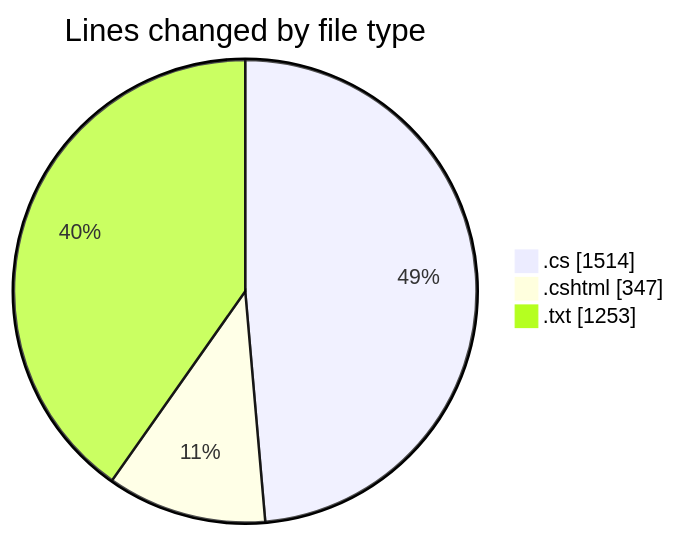
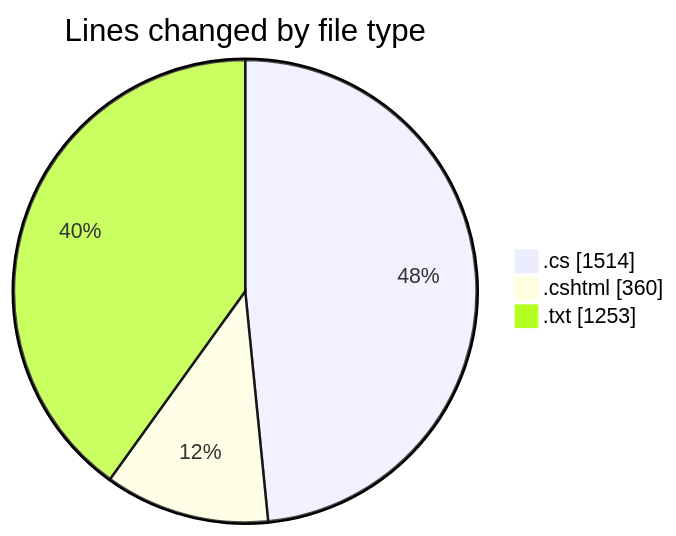
The first of 2 diagrams in 2025-07-24/quanlyrapchieuphim-1/README.md (lephambinh05/code-tracking), drawn with Mermaid before and after one commit. The commit also changed other lines of this file and 1 other file, not shown here.

````diff
--- a/2025-07-24/quanlyrapchieuphim-1/README.md
+++ b/2025-07-24/quanlyrapchieuphim-1/README.md
@@ -26,7 +26,7 @@
 ```mermaid
 pie showData
 title Lines changed by file type
 ".cs" : 1514
-".cshtml" : 347
+".cshtml" : 360
 ".txt" : 1253
 ```
````
